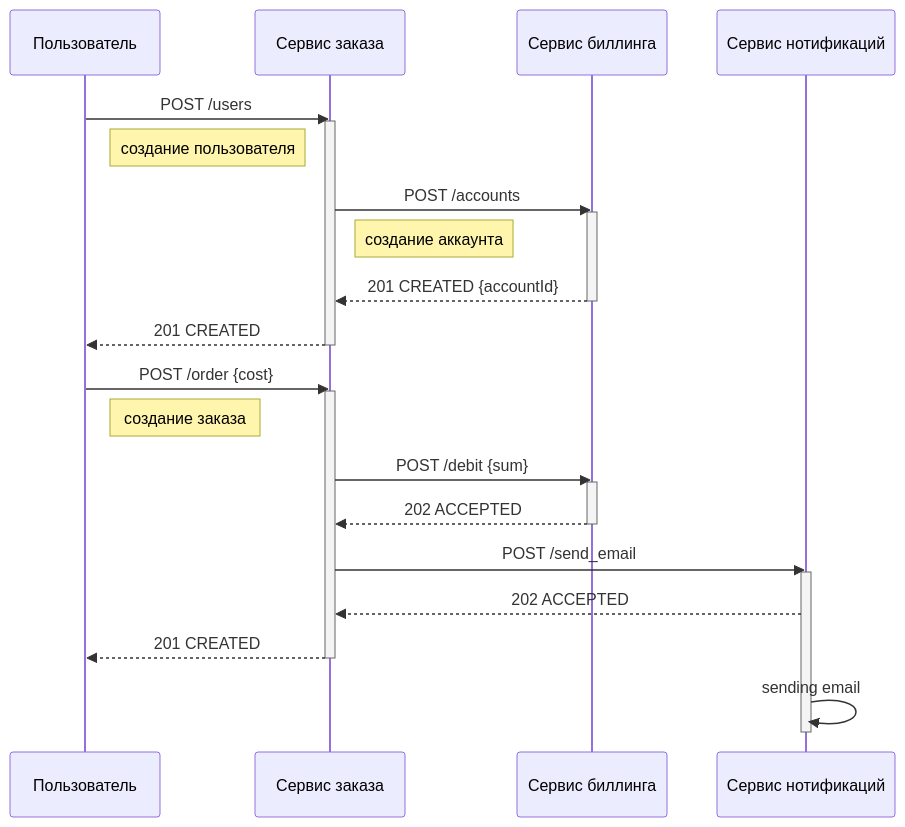
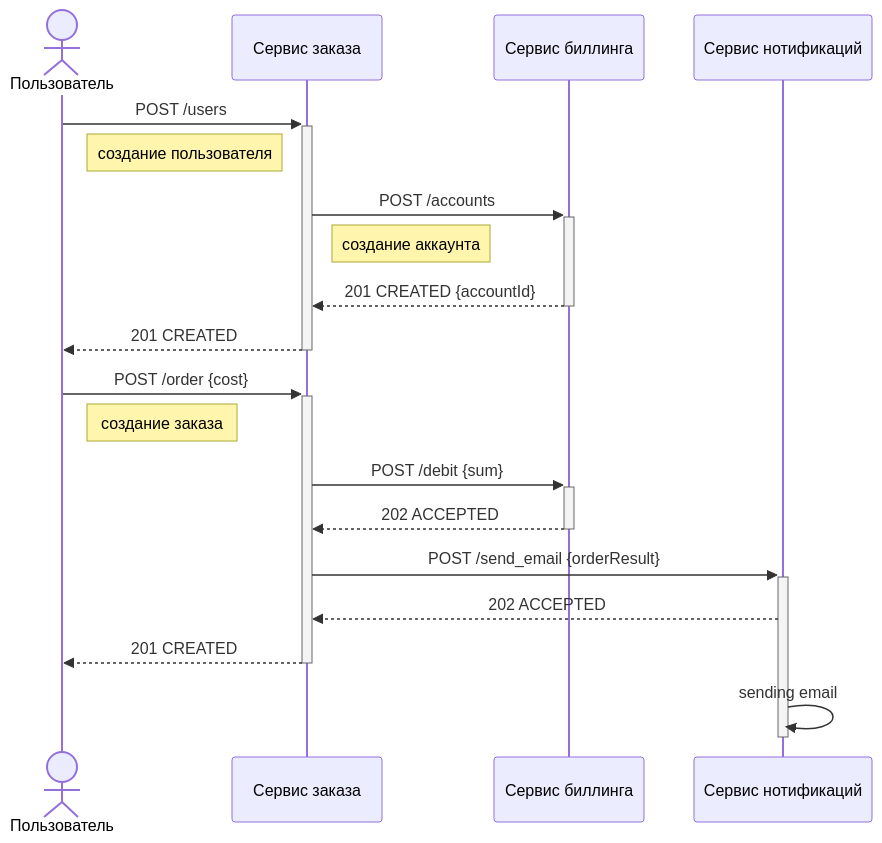
One commit to kochnevd/course-microservices changed the diagram in homework7/api-spec/rest/rest-sequence.md. Above: the diagram before and after it, drawn with Mermaid.

Commit message:
HW#7 REST-HTTP sequence diagram aliases etc

````diff
--- a/homework7/api-spec/rest/rest-sequence.md
+++ b/homework7/api-spec/rest/rest-sequence.md
@@ -1,34 +1,27 @@
 ```mermaid
 sequenceDiagram
 
-participant Пользователь
-participant Сервис заказа
-participant Сервис биллинга
-participant Сервис нотификаций
+actor User as Пользователь
+participant OrderService as Сервис заказа
+participant BillingService as Сервис биллинга
+participant NotificationService as Сервис нотификаций
 
-Пользователь->>Сервис заказа: POST /users
-activate Сервис заказа
-    Note right of Пользователь: создание пользователя
-    Сервис заказа->>Сервис биллинга: POST /accounts
-    activate Сервис биллинга
-        Note right of Сервис заказа: создание аккаунта
-        Сервис биллинга-->>Сервис заказа: 201 CREATED {accountId}
-    deactivate Сервис биллинга
-    Сервис заказа-->>Пользователь: 201 CREATED
-deactivate Сервис заказа
+User->>+OrderService: POST /users
+    Note right of User: создание пользователя
+    
+    OrderService->>+BillingService: POST /accounts
+        Note right of OrderService: создание аккаунта
+    BillingService-->>-OrderService: 201 CREATED {accountId}
+OrderService-->>-User: 201 CREATED
 
-Пользователь->>Сервис заказа: POST /order {cost}
-activate Сервис заказа
-    Note right of Пользователь: создание заказа
-    Сервис заказа->>Сервис биллинга: POST /debit {sum}
-    activate Сервис биллинга
-        Сервис биллинга-->>Сервис заказа: 202 ACCEPTED
-    deactivate Сервис биллинга
-    Сервис заказа->>Сервис нотификаций: POST /send_email
-    activate Сервис нотификаций
-        Сервис нотификаций-->>Сервис заказа: 202 ACCEPTED
-    Сервис заказа-->>Пользователь: 201 CREATED
-deactivate Сервис заказа
-    Сервис нотификаций->>Сервис нотификаций: sending email
-deactivate Сервис нотификаций
+User->>+OrderService: POST /order {cost}
+    Note right of User: создание заказа
+    
+    OrderService->>+BillingService: POST /debit {sum}
+    BillingService-->>-OrderService: 202 ACCEPTED
+    
+    OrderService->>+NotificationService: POST /send_email {orderResult}
+    NotificationService-->>OrderService: 202 ACCEPTED
+OrderService-->>-User: 201 CREATED
+    NotificationService->>-NotificationService: sending email
 ```
````
